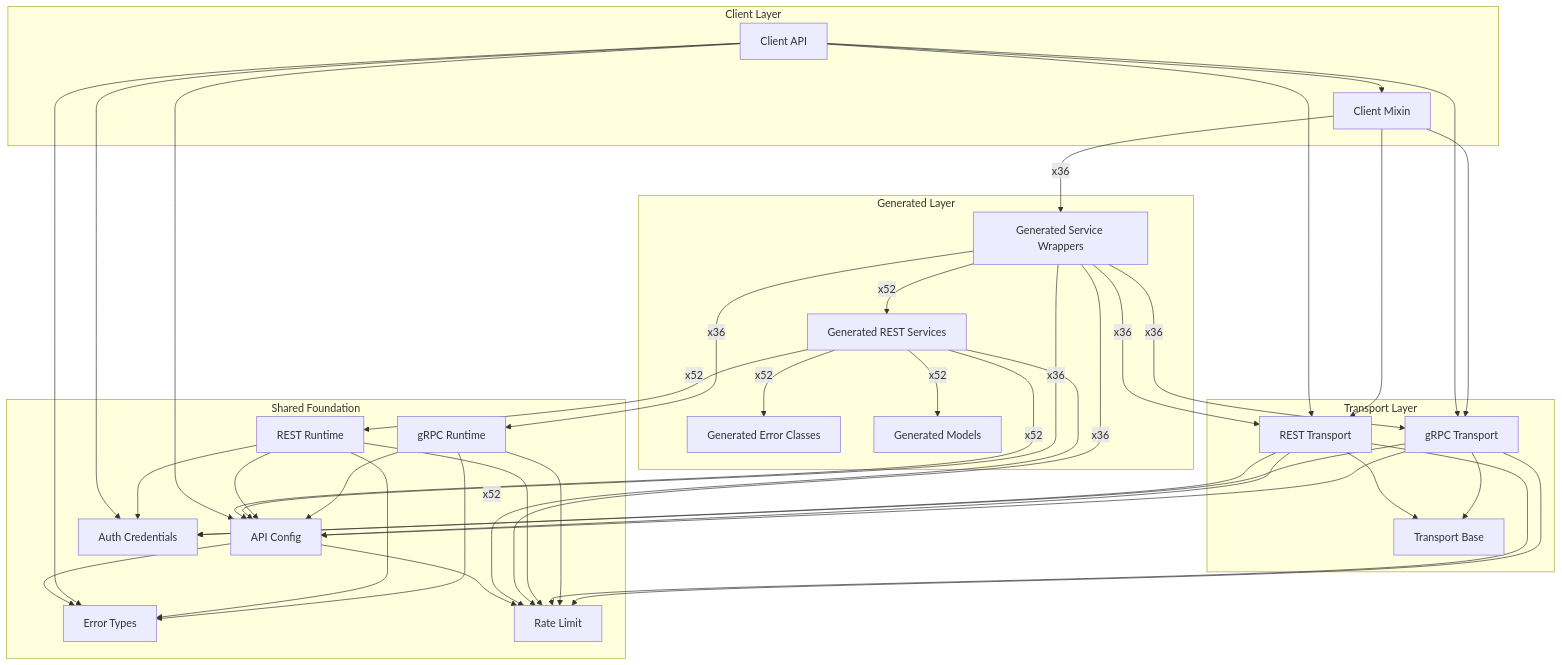
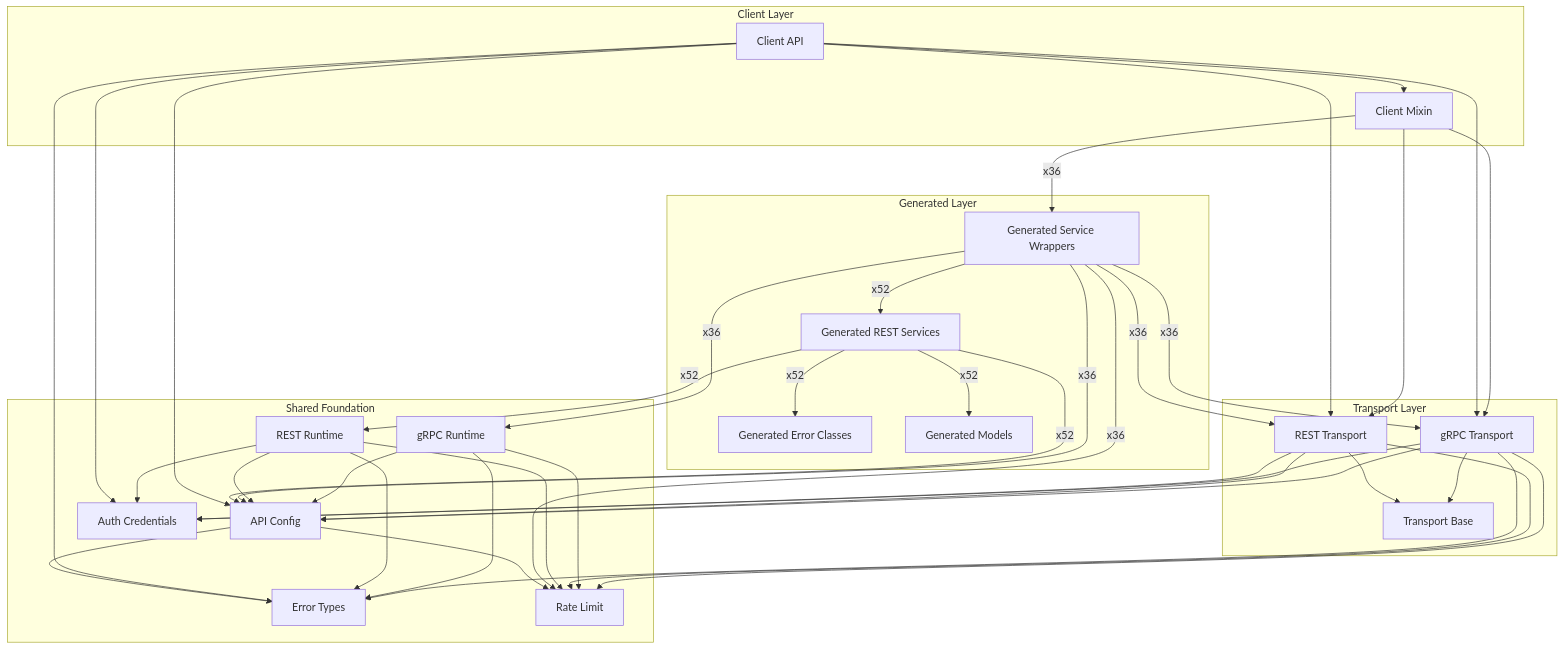
Before and after one commit to alexdearaujo/community_sdk_python: the diagram in docs/sphinx/sdk_runtime_architecture.md, drawn with Mermaid. The commit also changed 74 other files, not shown here.

````diff
--- a/docs/sphinx/sdk_runtime_architecture.md
+++ b/docs/sphinx/sdk_runtime_architecture.md
@@ -22,64 +22,64 @@
 ```mermaid
 flowchart TB
     subgraph client["Client Layer"]
         Client_API["Client API"]
         Client_Mixin["Client Mixin"]
     end
     subgraph generated["Generated Layer"]
         Generated_Error_Classes["Generated Error Classes"]
         Generated_Models["Generated Models"]
         Generated_REST_Services["Generated REST Services"]
         Generated_Service_Wrappers["Generated Service Wrappers"]
     end
     subgraph transport["Transport Layer"]
         REST_Transport["REST Transport"]
         Transport_Base["Transport Base"]
         gRPC_Transport["gRPC Transport"]
     end
     subgraph foundation["Shared Foundation"]
         API_Config["API Config"]
         Auth_Credentials["Auth Credentials"]
         Error_Types["Error Types"]
         REST_Runtime["REST Runtime"]
         Rate_Limit["Rate Limit"]
         gRPC_Runtime["gRPC Runtime"]
     end
 
     API_Config --> Error_Types
     API_Config --> Rate_Limit
     Client_API --> API_Config
     Client_API --> Auth_Credentials
     Client_API --> Client_Mixin
     Client_API --> Error_Types
     Client_API --> REST_Transport
     Client_API --> gRPC_Transport
     Client_Mixin -->|"x36"| Generated_Service_Wrappers
     Client_Mixin --> REST_Transport
     Client_Mixin --> gRPC_Transport
     Generated_REST_Services -->|"x52"| API_Config
     Generated_REST_Services -->|"x52"| Generated_Error_Classes
     Generated_REST_Services -->|"x52"| Generated_Models
     Generated_REST_Services -->|"x52"| REST_Runtime
-    Generated_REST_Services -->|"x52"| Rate_Limit
     Generated_Service_Wrappers -->|"x36"| API_Config
     Generated_Service_Wrappers -->|"x52"| Generated_REST_Services
     Generated_Service_Wrappers -->|"x36"| REST_Transport
     Generated_Service_Wrappers -->|"x36"| Rate_Limit
     Generated_Service_Wrappers -->|"x36"| gRPC_Runtime
     Generated_Service_Wrappers -->|"x36"| gRPC_Transport
     REST_Runtime --> API_Config
     REST_Runtime --> Auth_Credentials
     REST_Runtime --> Error_Types
     REST_Runtime --> Rate_Limit
     REST_Transport --> API_Config
     REST_Transport --> Auth_Credentials
     REST_Transport --> Rate_Limit
     REST_Transport --> Transport_Base
     gRPC_Runtime --> API_Config
     gRPC_Runtime --> Error_Types
     gRPC_Runtime --> Rate_Limit
     gRPC_Transport --> API_Config
     gRPC_Transport --> Auth_Credentials
+    gRPC_Transport --> Error_Types
     gRPC_Transport --> Rate_Limit
     gRPC_Transport --> Transport_Base
 ```
````
